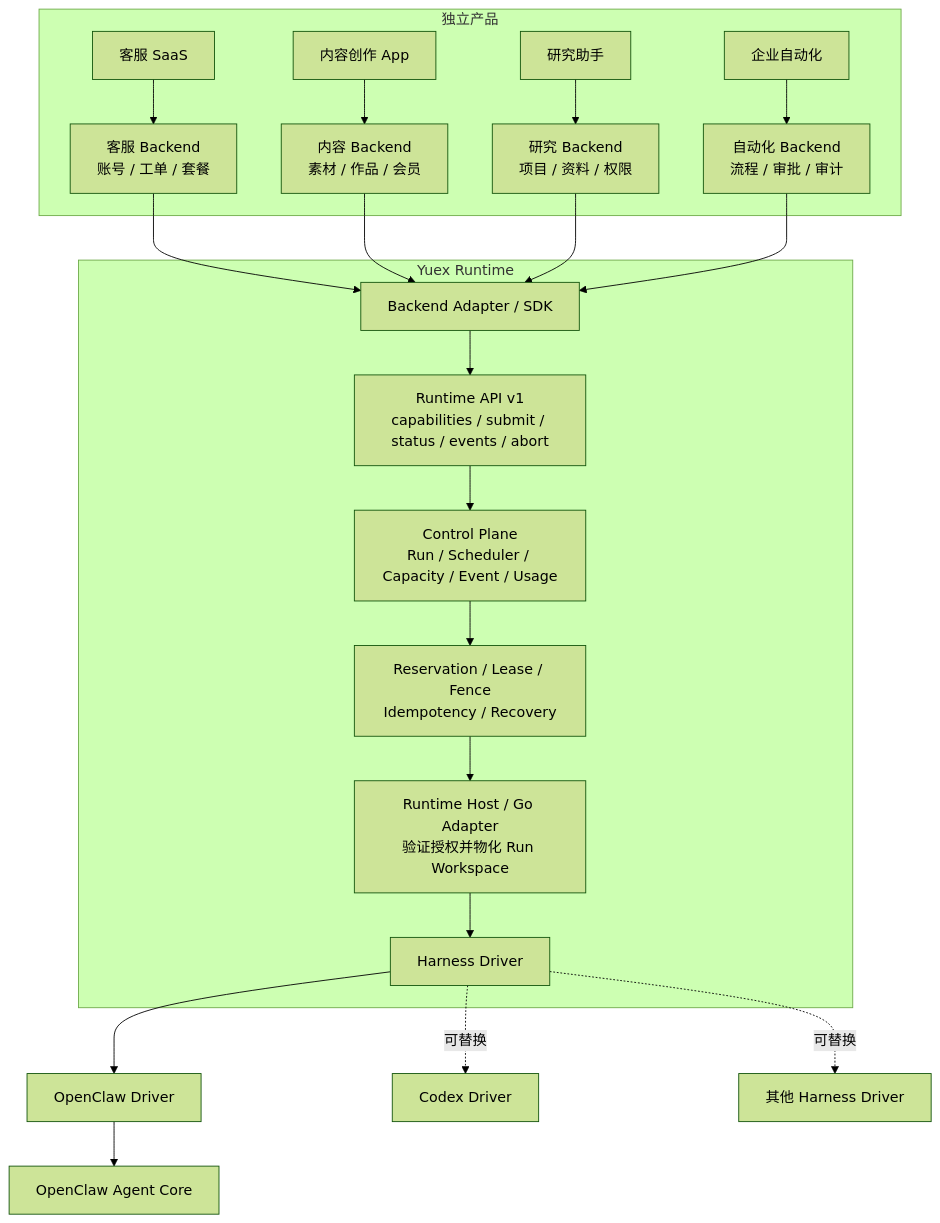
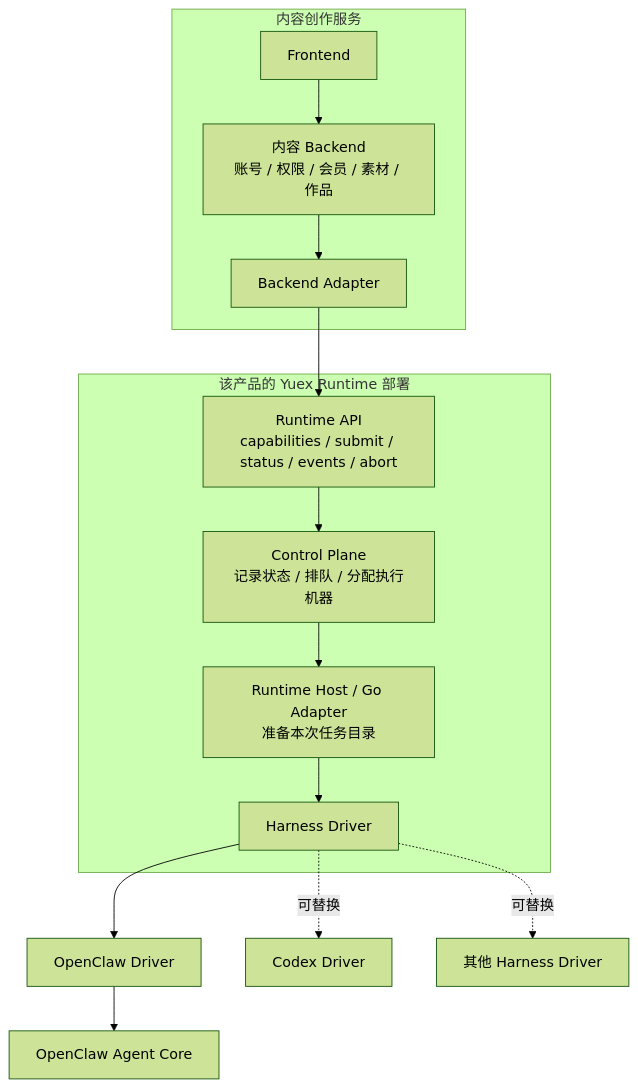
Before and after one commit to YMX899/Yuex: the diagram in README.md, drawn with Mermaid (forest theme). The commit also changed other lines of this file, not shown here.

Commit message:
docs: explain runtime flow from a product request

````diff
--- a/README.md
+++ b/README.md
@@ -29,27 +19,19 @@
 ```mermaid
 flowchart TB
-    subgraph Products[独立产品]
-        P1[客服 SaaS] --> B1[客服 Backend<br/>账号 / 工单 / 套餐]
-        P2[内容创作 App] --> B2[内容 Backend<br/>素材 / 作品 / 会员]
-        P3[研究助手] --> B3[研究 Backend<br/>项目 / 资料 / 权限]
-        P4[企业自动化] --> B4[自动化 Backend<br/>流程 / 审批 / 审计]
+    subgraph Product[内容创作服务]
+        UI[Frontend] --> B[内容 Backend<br/>账号 / 权限 / 会员 / 素材 / 作品]
+        B --> A[Backend Adapter]
     end
 
-    B1 --> SDK[Backend Adapter / SDK]
-    B2 --> SDK
-    B3 --> SDK
-    B4 --> SDK
-
-    subgraph Runtime[Yuex Runtime]
-        SDK --> API[Runtime API v1<br/>capabilities / submit / status / events / abort]
-        API --> CP[Control Plane<br/>Run / Scheduler / Capacity / Event / Usage]
-        CP --> SAFETY[Reservation / Lease / Fence<br/>Idempotency / Recovery]
-        SAFETY --> HOST[Runtime Host / Go Adapter<br/>验证授权并物化 Run Workspace]
+    subgraph Yuex[该产品的 Yuex Runtime 部署]
+        A --> API[Runtime API<br/>capabilities / submit / status / events / abort]
+        API --> CP[Control Plane<br/>记录状态 / 排队 / 分配执行机器]
+        CP --> HOST[Runtime Host / Go Adapter<br/>准备本次任务目录]
         HOST --> DRIVER[Harness Driver]
     end
 
     DRIVER --> OC[OpenClaw Driver]
     OC --> CORE[OpenClaw Agent Core]
     DRIVER -. 可替换 .-> CX[Codex Driver]
     DRIVER -. 可替换 .-> OTHER[其他 Harness Driver]
 ```
````
